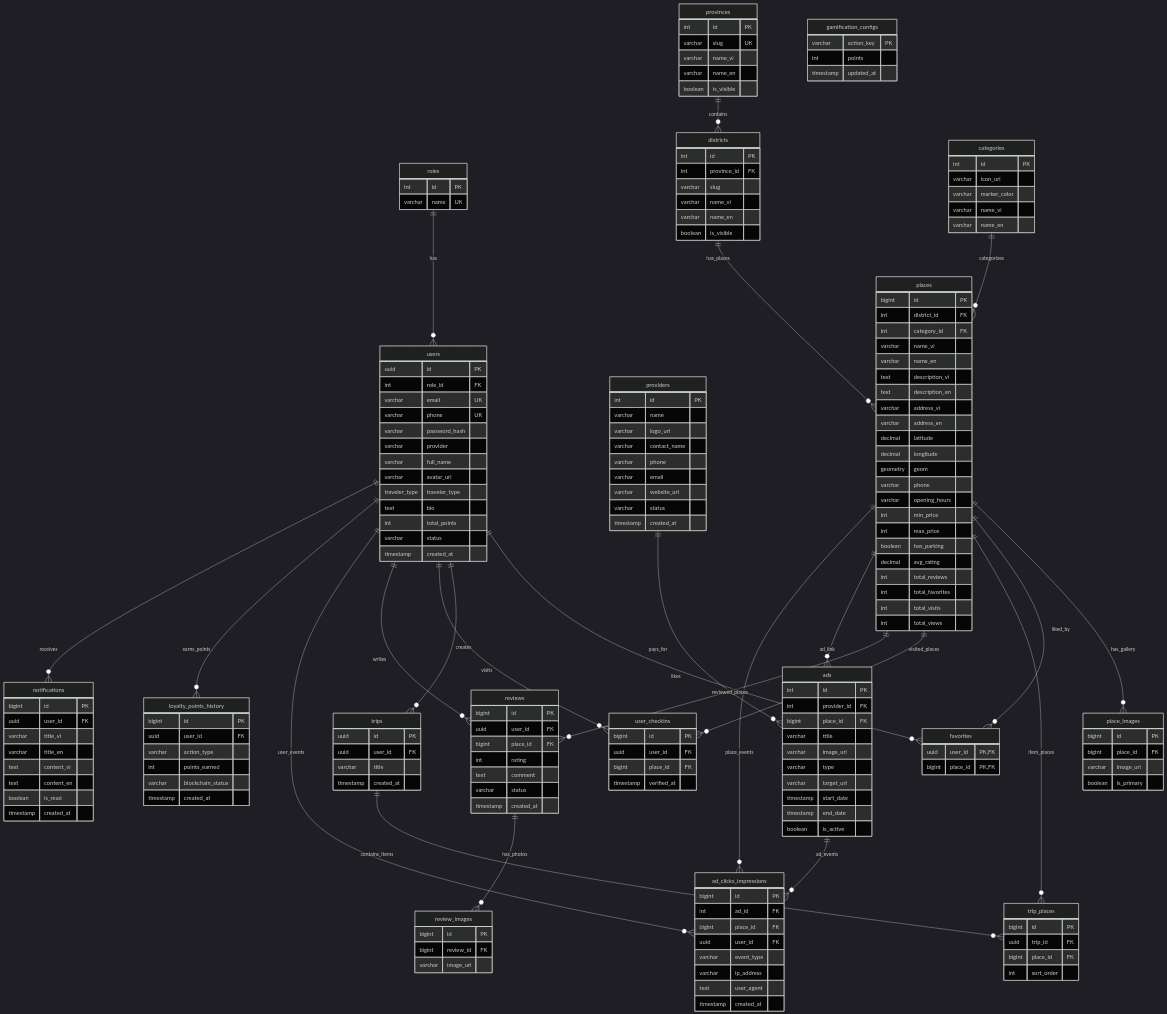
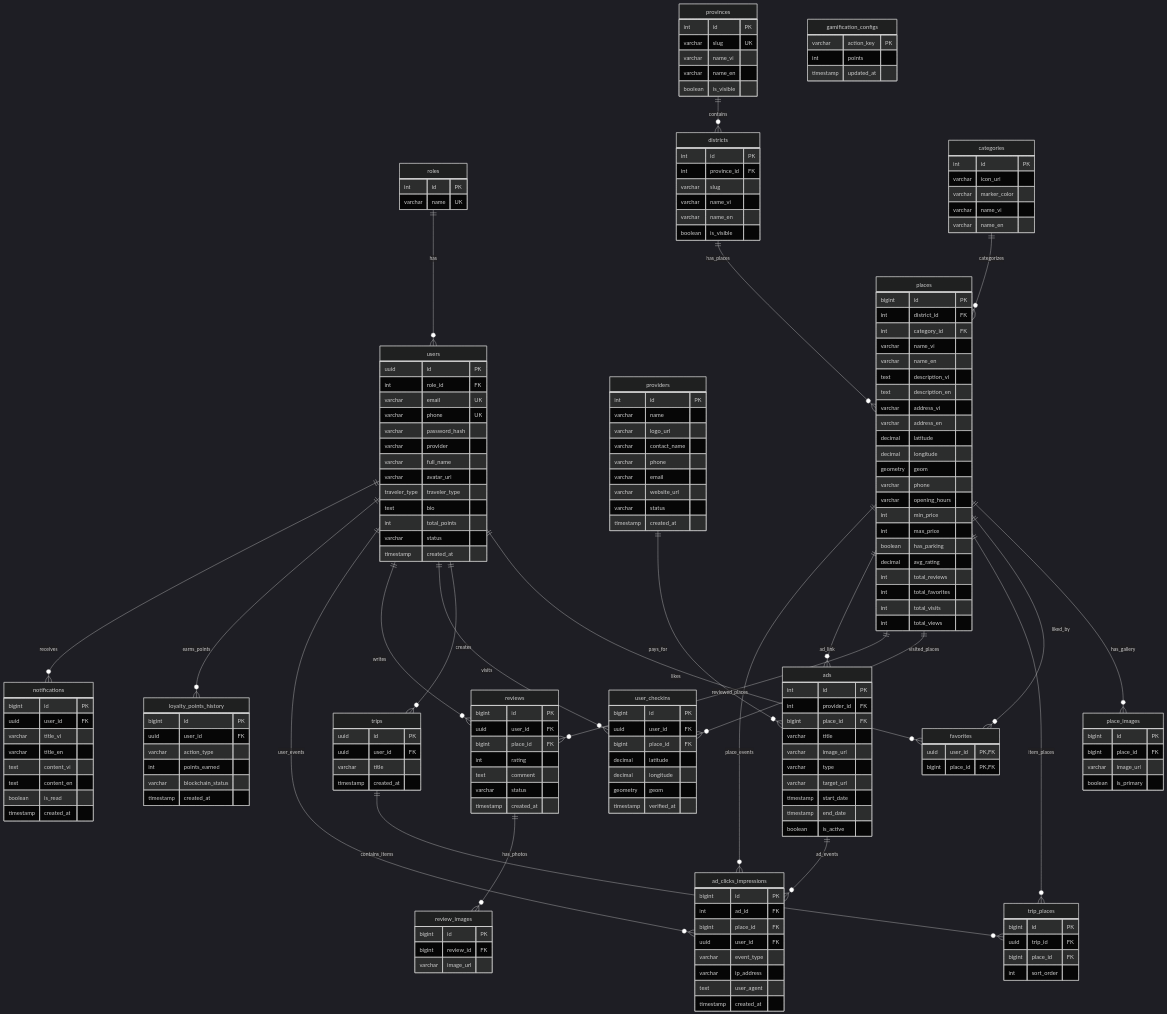
Before and after one commit to PhamNguyenTuanHung/travel_app: the diagram in backend/DATABASE.md, drawn with Mermaid (dark theme). The commit also changed other lines of this file and 8 other files, not shown here.

```diff
--- a/backend/DATABASE.md
+++ b/backend/DATABASE.md
@@ -157,6 +157,9 @@
         bigint id PK
         uuid user_id FK
         bigint place_id FK
+        decimal latitude
+        decimal longitude
+        geometry geom
         timestamp verified_at
     }
     reviews {
```
